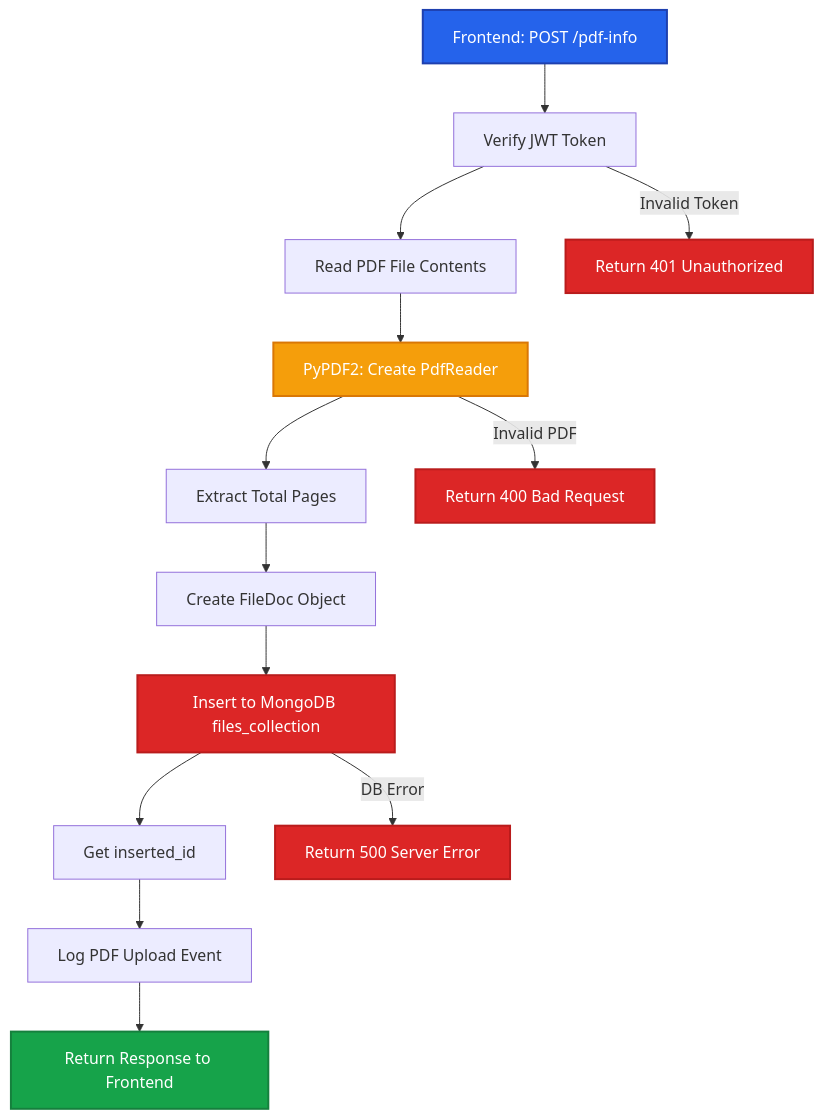
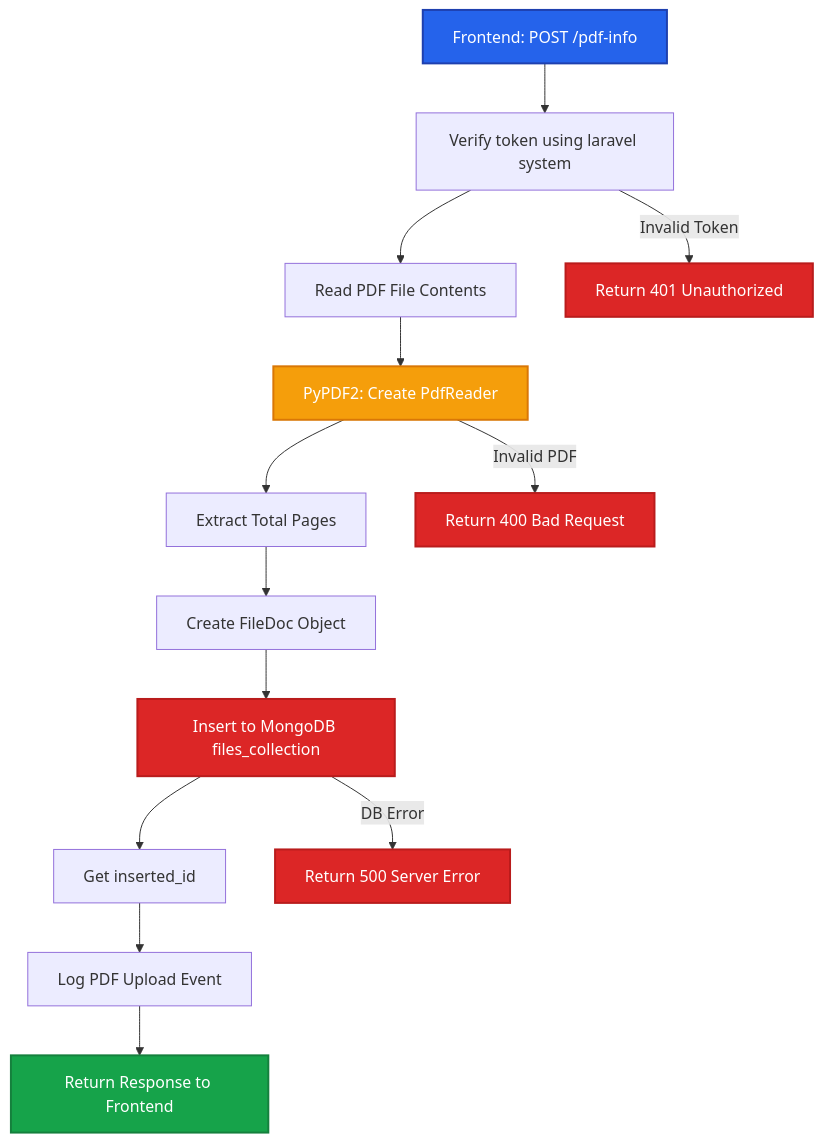
The diagram in content/existing-flow/backend-flow/file-upload.mdx (coffeeinc-in/adeos-fe-docs), drawn with Mermaid before and after one commit. The commit also changed other lines of this file and 1 other file, not shown here.

Commit message:
docs: update auth to use Laravel token verification instead of JWT

````diff
--- a/content/existing-flow/backend-flow/file-upload.mdx
+++ b/content/existing-flow/backend-flow/file-upload.mdx
@@ -11,24 +11,24 @@
 ```mermaid
 graph TD
-    A[Frontend: POST /pdf-info] --> B[Verify JWT Token]
+    A[Frontend: POST /pdf-info] --> B[Verify token using laravel system]
     B --> C[Read PDF File Contents]
     C --> D[PyPDF2: Create PdfReader]
     D --> E[Extract Total Pages]
     E --> F[Create FileDoc Object]
     F --> G[Insert to MongoDB files_collection]
     G --> H[Get inserted_id]
     H --> I[Log PDF Upload Event]
     I --> J[Return Response to Frontend]
 
     B -->|Invalid Token| K[Return 401 Unauthorized]
     D -->|Invalid PDF| L[Return 400 Bad Request]
     G -->|DB Error| M[Return 500 Server Error]
 
     style A fill:#2563eb,stroke:#1e40af,stroke-width:2px,color:#fff
     style D fill:#f59e0b,stroke:#d97706,stroke-width:2px,color:#fff
     style G fill:#dc2626,stroke:#b91c1c,stroke-width:2px,color:#fff
     style J fill:#16a34a,stroke:#15803d,stroke-width:2px,color:#fff
     style K fill:#dc2626,stroke:#b91c1c,stroke-width:2px,color:#fff
     style L fill:#dc2626,stroke:#b91c1c,stroke-width:2px,color:#fff
     style M fill:#dc2626,stroke:#b91c1c,stroke-width:2px,color:#fff
 ```
````
